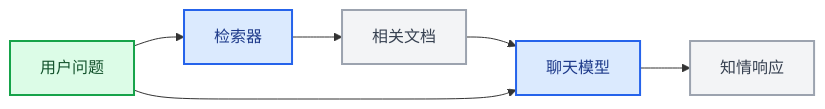
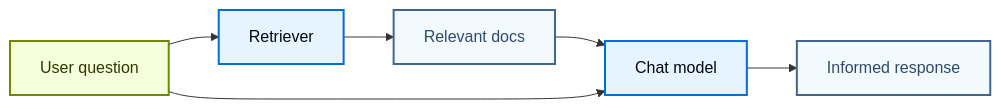
One commit to kunfan96/cndocs-langchain changed the second of 4 diagrams in oss/javascript/langchain/component-architecture.mdx. Above: the diagram before and after it, drawn with Mermaid. The commit also changed other lines of this file and 2538 other files, not shown here.

````diff
--- a/oss/javascript/langchain/component-architecture.mdx
+++ b/oss/javascript/langchain/component-architecture.mdx
@@ -91,16 +91,16 @@
 ```mermaid
 graph LR
-    A[用户问题] --> B[检索器]
-    B --> C[相关文档]
-    C --> D[聊天模型]
+    A[User question] --> B[Retriever]
+    B --> C[Relevant docs]
+    C --> D[Chat model]
     A --> D
-    D --> E[知情响应]
+    D --> E[Informed response]
 
-    classDef trigger fill:#DCFCE7,stroke:#16A34A,stroke-width:2px,color:#14532D
-    classDef process fill:#DBEAFE,stroke:#2563EB,stroke-width:2px,color:#1E3A8A
-    classDef neutral fill:#F3F4F6,stroke:#9CA3AF,stroke-width:2px,color:#374151
+    classDef trigger fill:#F6FFDB,stroke:#6E8900,stroke-width:2px,color:#2E3900
+    classDef process fill:#E5F4FF,stroke:#006DDD,stroke-width:2px,color:#030710
+    classDef neutral fill:#F2FAFF,stroke:#40668D,stroke-width:2px,color:#2F4B68
 
     class A trigger
     class B,D process
     class C,E neutral
 ```
````
